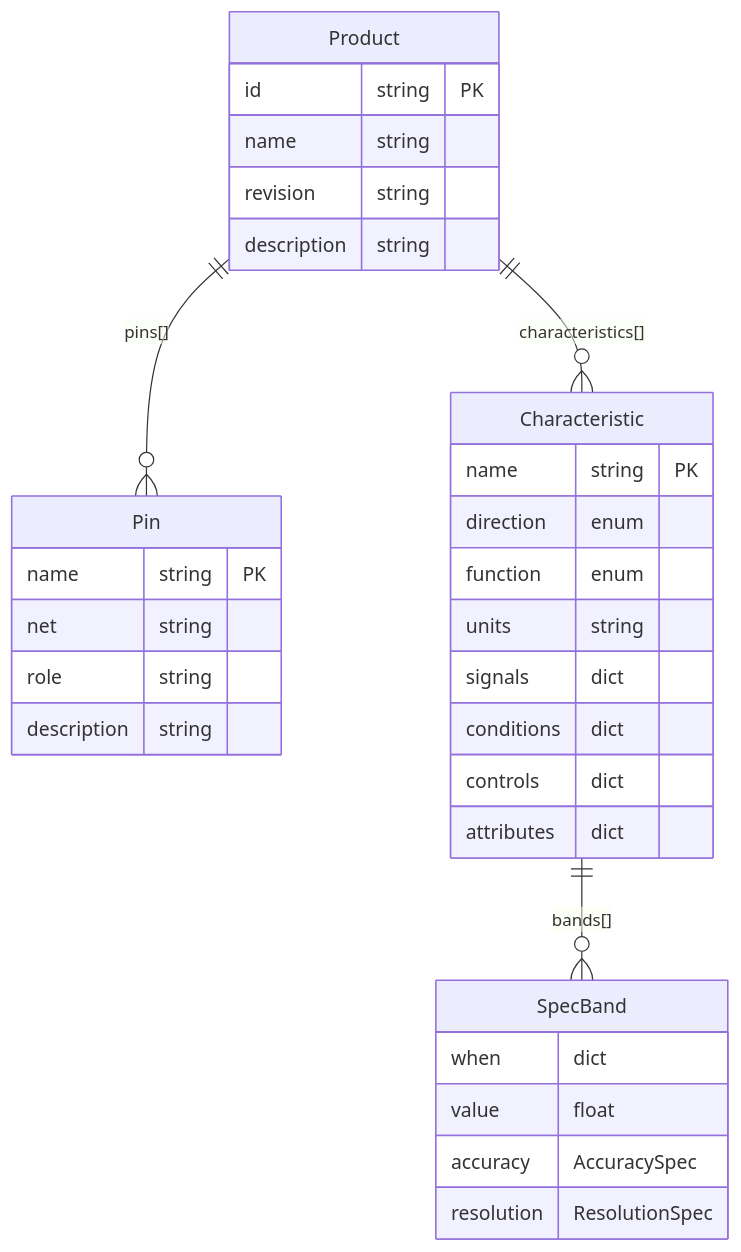
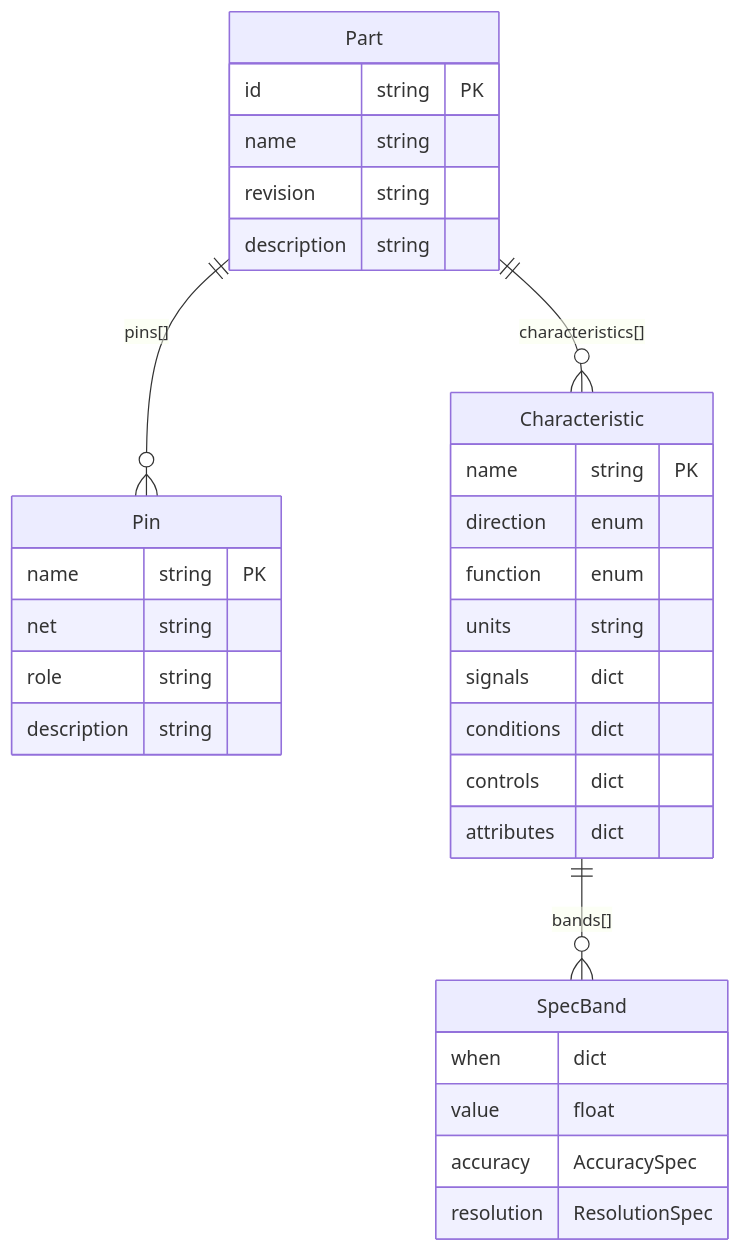
The third of 9 diagrams in docs/concepts/overview/architecture.md (pragmatest-dev/testerkit), drawn with Mermaid before and after one commit. The commit also changed other lines of this file and 246 other files, not shown here.

First line of the commit message:
refactor: rename product -> part across the codebase (#258)

````diff
--- a/docs/concepts/overview/architecture.md
+++ b/docs/concepts/overview/architecture.md
@@ -81,35 +81,35 @@
 ```mermaid
 erDiagram
-    Product {
+    Part {
         id string PK
         name string
         revision string
         description string
     }
     Pin {
         name string PK
         net string
         role string
         description string
     }
     Characteristic {
         name string PK
         direction enum
         function enum
         units string
         signals dict
         conditions dict
         controls dict
         attributes dict
     }
     SpecBand {
         when dict
         value float
         accuracy AccuracySpec
         resolution ResolutionSpec
     }
 
-    Product ||--o{ Pin : "pins[]"
-    Product ||--o{ Characteristic : "characteristics[]"
+    Part ||--o{ Pin : "pins[]"
+    Part ||--o{ Characteristic : "characteristics[]"
     Characteristic ||--o{ SpecBand : "bands[]"
 ```
````
